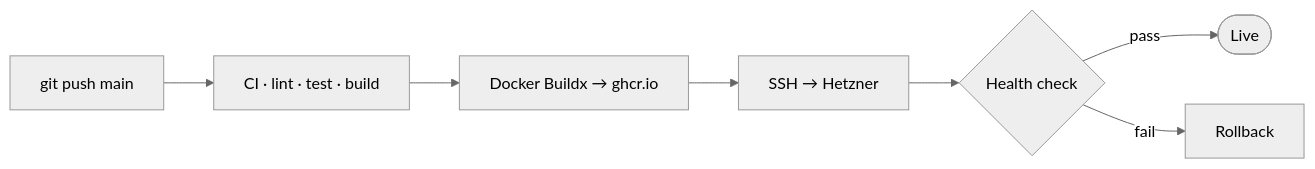
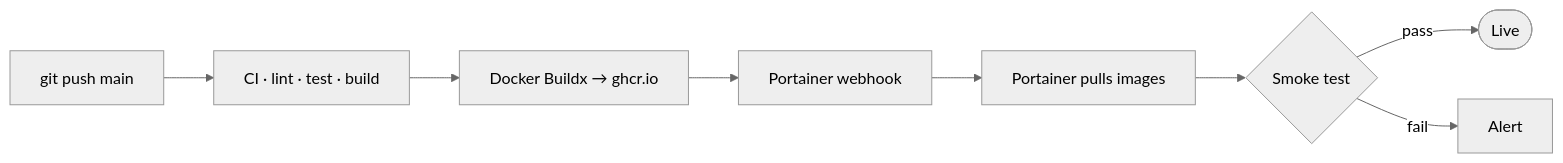
The third of 3 diagrams in docs/ARCHITECTURE.md (lukasgro63/hollerithengeryml), drawn with Mermaid before and after one commit. The commit also changed other lines of this file and 5 other files, not shown here.

````diff
--- a/docs/ARCHITECTURE.md
+++ b/docs/ARCHITECTURE.md
@@ -114,15 +119,16 @@
 ```mermaid
 %%{init: {'theme': 'neutral'}}%%
 graph LR
     push[git push main]
     ci[CI · lint · test · build]
     build[Docker Buildx → ghcr.io]
-    deploy[SSH → Hetzner]
-    health{Health check}
+    webhook[Portainer webhook]
+    pull[Portainer pulls images]
+    health{Smoke test}
     ok([Live])
-    rollback[Rollback]
+    fail[Alert]
 
-    push --> ci --> build --> deploy --> health
+    push --> ci --> build --> webhook --> pull --> health
     health -- pass --> ok
-    health -- fail --> rollback
+    health -- fail --> fail
 ```
````
